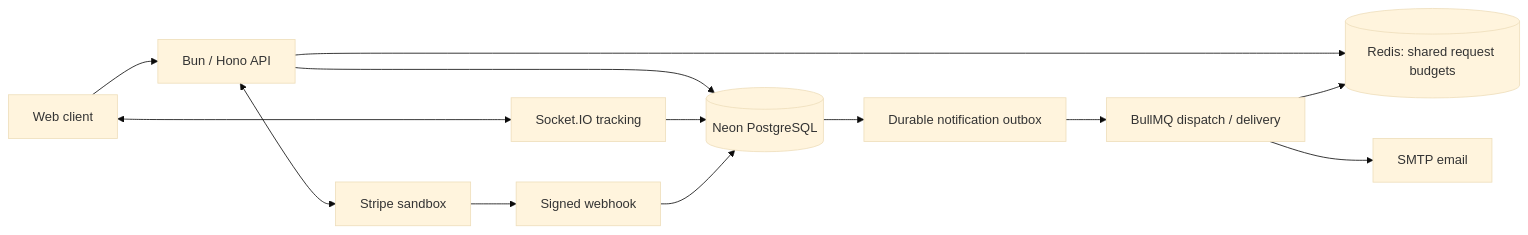
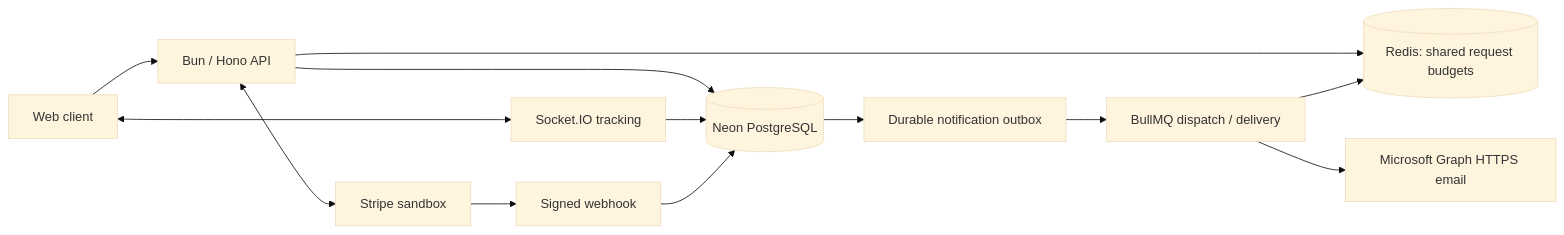
Before and after one commit to Ikenna-Lucky/IsoTrack--Backend: the diagram in README.md, drawn with Mermaid (base theme). The commit also changed other lines of this file and 46 other files, not shown here.

Commit message:
Replaced the  SMTP email with Microsoft Graph (HTTP API) and document hosted verification

````diff
--- a/README.md
+++ b/README.md
@@ -55,15 +55,15 @@
 ```mermaid
 flowchart LR
     Client[Web client] --> API[Bun / Hono API]
     Client <--> Socket[Socket.IO tracking]
     API --> DB[(Neon PostgreSQL)]
     Socket --> DB
     API --> Redis[(Redis: shared request budgets)]
     DB --> Outbox[Durable notification outbox]
     Outbox --> Worker[BullMQ dispatch / delivery]
     Worker --> Redis
-    Worker --> SMTP[SMTP email]
+    Worker --> Graph[Microsoft Graph HTTPS email]
     API <--> Stripe[Stripe sandbox]
     Stripe --> Webhook[Signed webhook]
     Webhook --> DB
 ```
````
